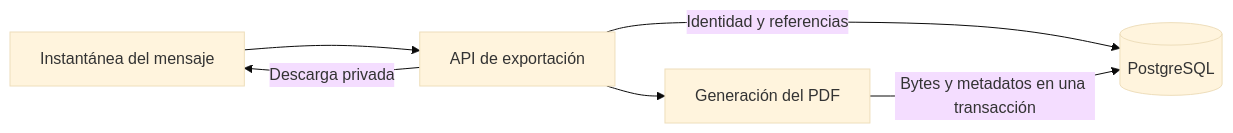
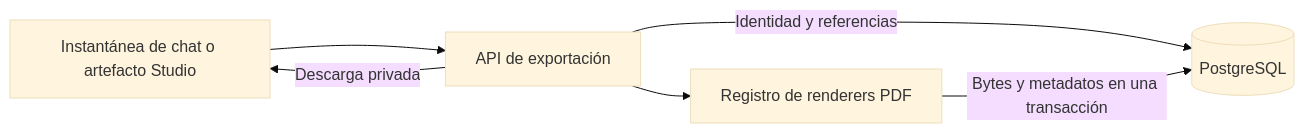
Before and after one commit to Blandskron/AgenteIADocumental: the diagram in backend/DocumentExportServices/README.md, drawn with Mermaid (base theme). The commit also changed other lines of this file and 17 other files, not shown here.

````diff
--- a/backend/DocumentExportServices/README.md
+++ b/backend/DocumentExportServices/README.md
@@ -7,8 +7,8 @@
 ```mermaid
 flowchart LR
-    web["Instantánea del mensaje"] --> exportApi["API de exportación"]
+    web["Instantánea de chat o artefacto Studio"] --> exportApi["API de exportación"]
     exportApi -->|"Identidad y referencias"| db[("PostgreSQL")]
-    exportApi --> render["Generación del PDF"]
+    exportApi --> render["Registro de renderers PDF"]
     render -->|"Bytes y metadatos en una transacción"| db
     exportApi -->|"Descarga privada"| web
 ```
````
